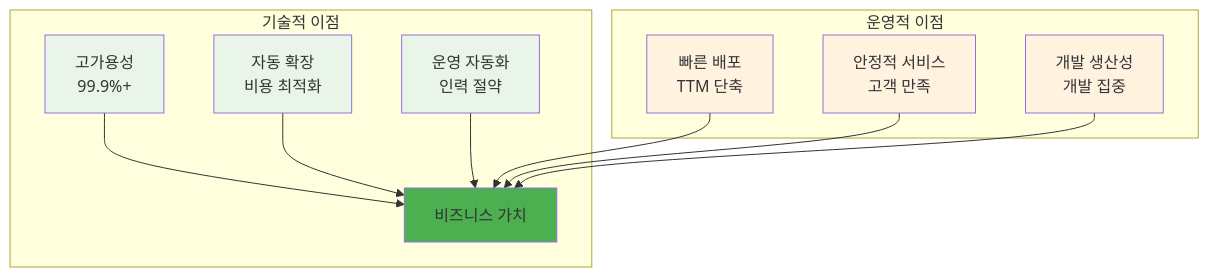
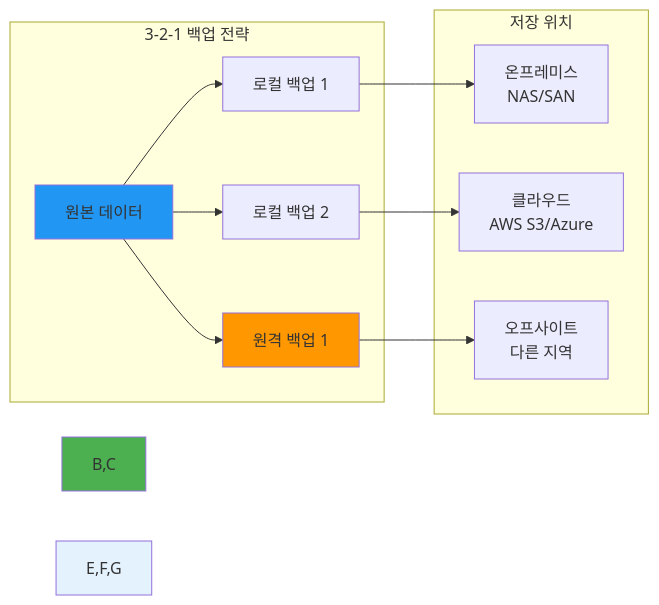
One commit to niceguy61/kdt_devops_lecture_2025 changed the third of 4 diagrams in theory/week_02/day2/session_2.md. Above: the diagram before and after it, drawn with Mermaid. The commit also changed other lines of this file and 70 other files, not shown here.

````diff
--- a/theory/week_02/day2/session_2.md
+++ b/theory/week_02/day2/session_2.md
@@ -88,22 +119,23 @@
 ```mermaid
-graph TB
-    subgraph "기술적 이점"
-        A[고가용성<br/>99.9%+] --> D[비즈니스 가치]
-        B[자동 확장<br/>비용 최적화] --> D
-        C[운영 자동화<br/>인력 절약] --> D
+graph LR
+    subgraph "3-2-1 백업 전략"
+        A[원본 데이터] --> B[로컬 백업 1]
+        A --> C[로컬 백업 2]
+        A --> D[원격 백업 1]
     end
     
-    subgraph "운영적 이점"
-        E[빠른 배포<br/>TTM 단축] --> D
-        F[안정적 서비스<br/>고객 만족] --> D
-        G[개발 생산성<br/>개발 집중] --> D
+    subgraph "저장 위치"
+        E[온프레미스<br/>NAS/SAN]
+        F[클라우드<br/>AWS S3/Azure]
+        G[오프사이트<br/>다른 지역]
     end
     
-    style A fill:#e8f5e8
-    style B fill:#e8f5e8
-    style C fill:#e8f5e8
-    style E fill:#fff3e0
-    style F fill:#fff3e0
-    style G fill:#fff3e0
-    style D fill:#4caf50
+    B --> E
+    C --> F
+    D --> G
+    
+    style A fill:#2196f3
+    style B,C fill:#4caf50
+    style D fill:#ff9800
+    style E,F,G fill:#e3f2fd
 ```
````
